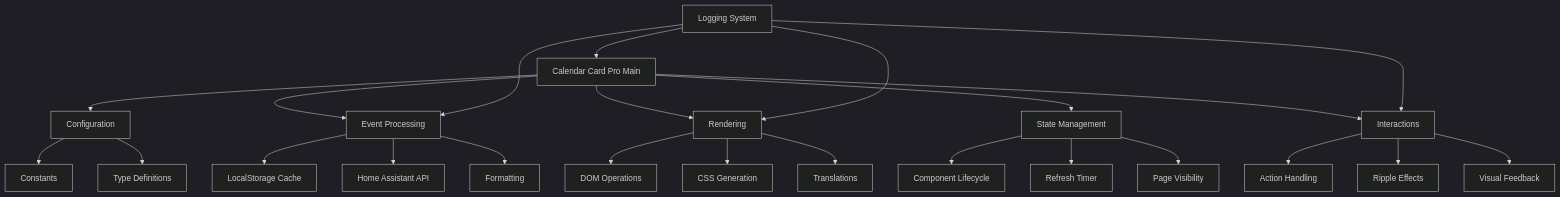
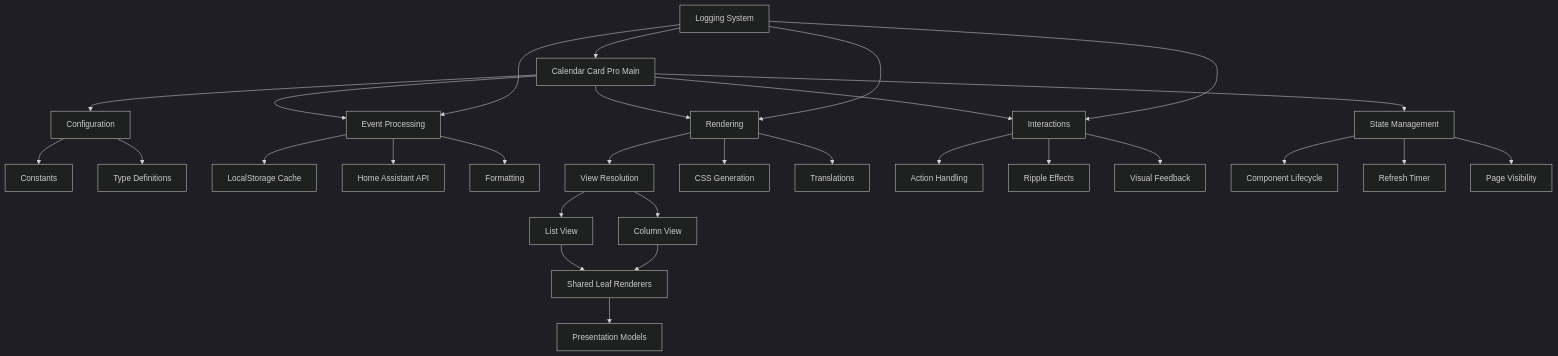
Before and after one commit to alexpfau/calendar-card-pro: the diagram in docs/architecture.md, drawn with Mermaid (dark theme). The commit also changed other lines of this file and 30 other files, not shown here.

````diff
--- a/docs/architecture.md
+++ b/docs/architecture.md
@@ -167,38 +265,43 @@
 ```mermaid
 graph TD
     Main[Calendar Card Pro Main] --> Config[Configuration]
     Main --> Events[Event Processing]
     Main --> Render[Rendering]
     Main --> State[State Management]
     Main --> Inter[Interactions]
 
     %% Configuration interactions
     Config --> Constants[Constants]
     Config --> Types[Type Definitions]
 
     %% Event processing flow
     Events --> Cache[LocalStorage Cache]
     Events --> API[Home Assistant API]
     Events --> Format[Formatting]
 
     %% Rendering flow
-    Render --> DOM[DOM Operations]
+    Render --> ViewRes[View Resolution]
+    ViewRes --> List[List View]
+    ViewRes --> Column[Column View]
+    List --> Leaves[Shared Leaf Renderers]
+    Column --> Leaves
+    Leaves --> Present[Presentation Models]
     Render --> Styles[CSS Generation]
     Render --> Localize[Translations]
 
     %% Interaction flow
     Inter --> Actions[Action Handling]
     Inter --> Ripple[Ripple Effects]
     Inter --> Feedback[Visual Feedback]
 
     %% State management
     State --> Lifecycle[Component Lifecycle]
     State --> Refresh[Refresh Timer]
     State --> Visibility[Page Visibility]
 
     %% Cross-cutting concerns
     Logger[Logging System] --> Main
     Logger --> Events
     Logger --> Render
     Logger --> Inter
 ```
````
